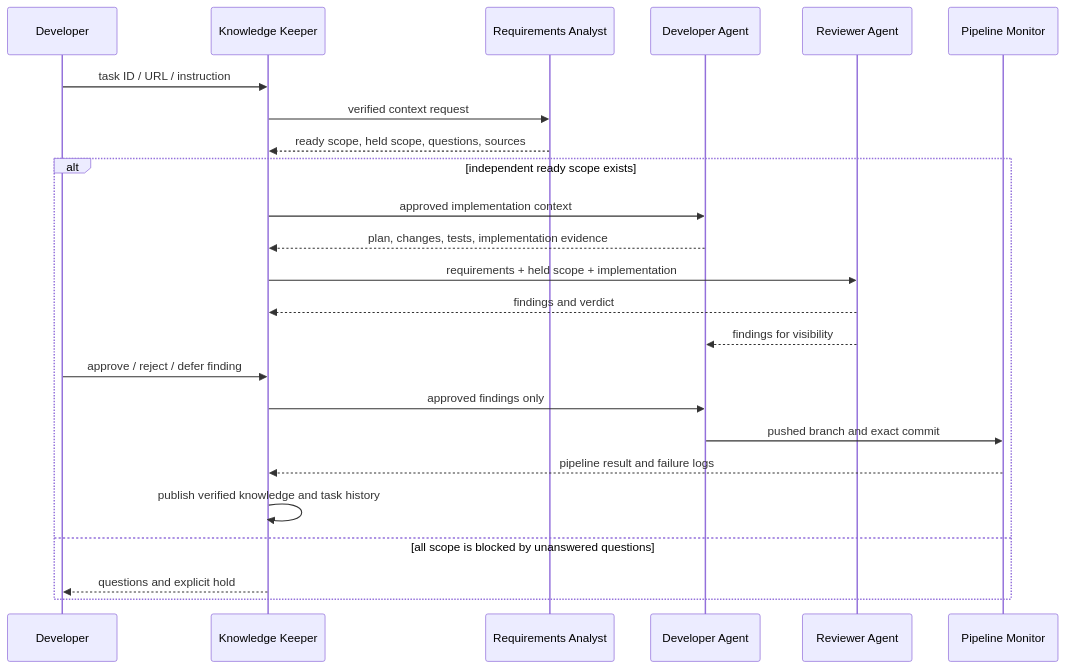
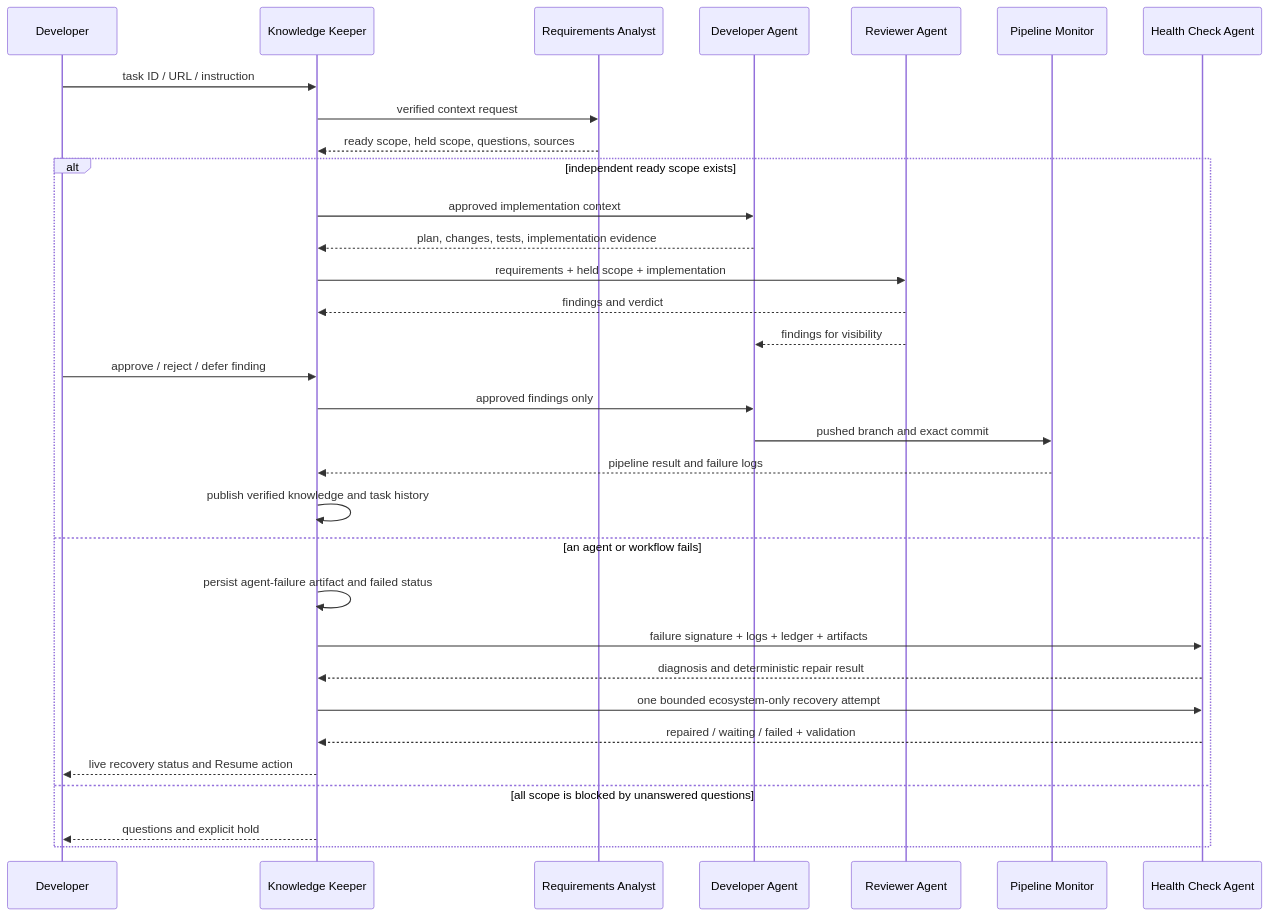
One commit to GINomad/development-agent-ecosystem changed the second of 2 diagrams in docs/architecture.md. Above: the diagram before and after it, drawn with Mermaid. The commit also changed other lines of this file and 28 other files, not shown here.

Commit message:
feat: add automatic agent health recovery

````diff
--- a/docs/architecture.md
+++ b/docs/architecture.md
@@ -74,27 +80,35 @@
 ```mermaid
 sequenceDiagram
     participant U as Developer
     participant K as Knowledge Keeper
     participant A as Requirements Analyst
     participant D as Developer Agent
     participant R as Reviewer Agent
     participant P as Pipeline Monitor
+    participant H as Health Check Agent
 
     U->>K: task ID / URL / instruction
     K->>A: verified context request
     A-->>K: ready scope, held scope, questions, sources
     alt independent ready scope exists
         K->>D: approved implementation context
         D-->>K: plan, changes, tests, implementation evidence
         K->>R: requirements + held scope + implementation
         R-->>K: findings and verdict
         R-->>D: findings for visibility
         U->>K: approve / reject / defer finding
         K->>D: approved findings only
         D->>P: pushed branch and exact commit
         P-->>K: pipeline result and failure logs
         K->>K: publish verified knowledge and task history
+    else an agent or workflow fails
+        K->>K: persist agent-failure artifact and failed status
+        K->>H: failure signature + logs + ledger + artifacts
+        H-->>K: diagnosis and deterministic repair result
+        K->>H: one bounded ecosystem-only recovery attempt
+        H-->>K: repaired / waiting / failed + validation
+        K-->>U: live recovery status and Resume action
     else all scope is blocked by unanswered questions
         K-->>U: questions and explicit hold
     end
 ```
````
